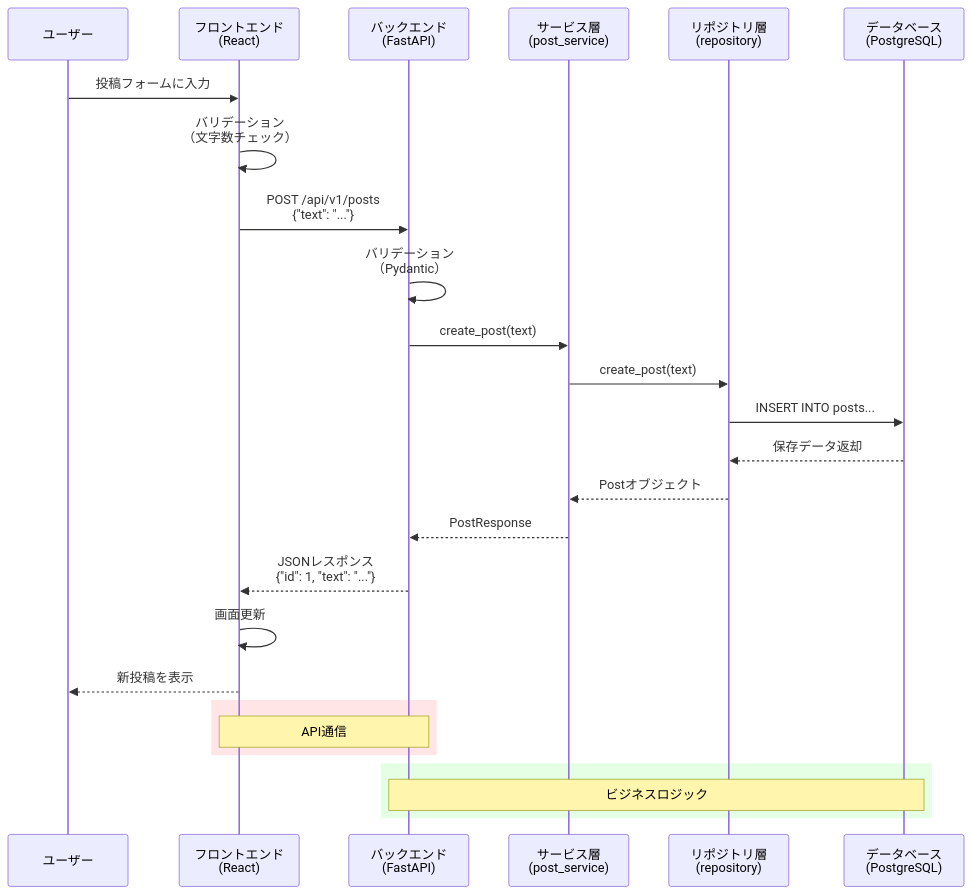
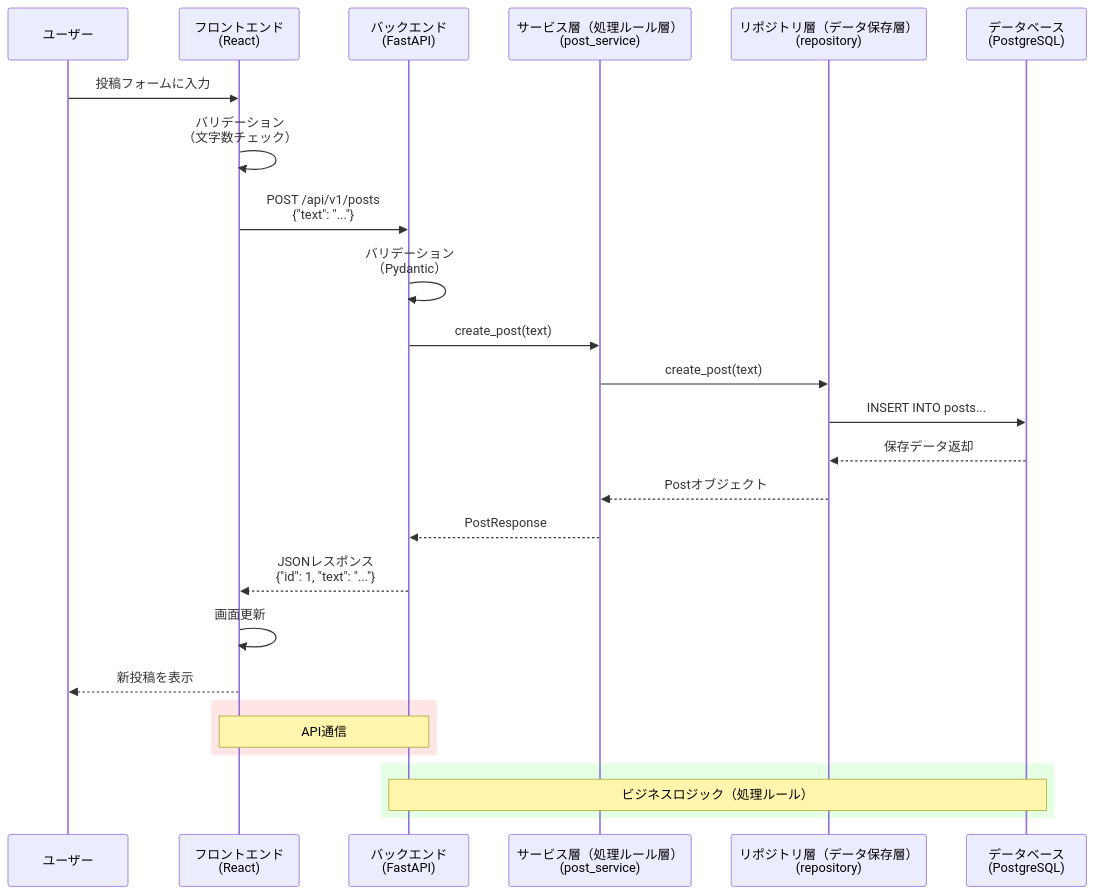
One commit to KITA-DS12/web-app-mvp changed the sixth of 7 diagrams in lecture-materials.md. Above: the diagram before and after it, drawn with Mermaid. The commit also changed other lines of this file, not shown here.

````diff
--- a/lecture-materials.md
+++ b/lecture-materials.md
@@ -780,31 +786,31 @@
 ```mermaid
 sequenceDiagram
     participant U as ユーザー
     participant F as フロントエンド<br/>(React)
     participant B as バックエンド<br/>(FastAPI)
-    participant S as サービス層<br/>(post_service)
-    participant R as リポジトリ層<br/>(repository)
+    participant S as サービス層（処理ルール層）<br/>(post_service)
+    participant R as リポジトリ層（データ保存層）<br/>(repository)
     participant D as データベース<br/>(PostgreSQL)
 
     U->>F: 投稿フォームに入力
     F->>F: バリデーション<br/>（文字数チェック）
     F->>B: POST /api/v1/posts<br/>{"text": "..."}
     B->>B: バリデーション<br/>（Pydantic）
     B->>S: create_post(text)
     S->>R: create_post(text)
     R->>D: INSERT INTO posts...
     D-->>R: 保存データ返却
     R-->>S: Postオブジェクト
     S-->>B: PostResponse
     B-->>F: JSONレスポンス<br/>{"id": 1, "text": "..."}
     F->>F: 画面更新
     F-->>U: 新投稿を表示
     
     rect rgba(255, 0, 0, 0.1)
         Note over F,B: API通信
     end
     
     rect rgba(0, 255, 0, 0.1)
-        Note over B,D: ビジネスロジック
+        Note over B,D: ビジネスロジック（処理ルール）
     end
 ```
````
